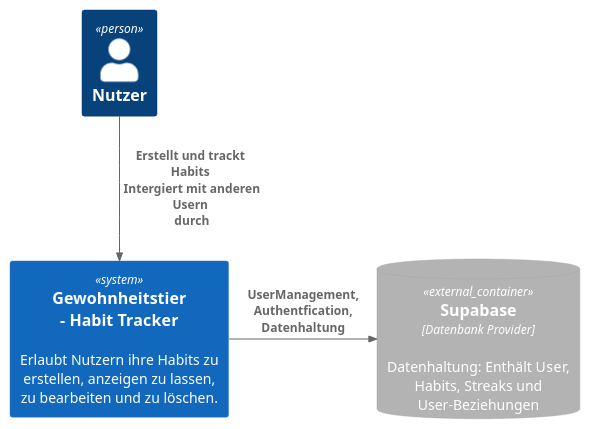
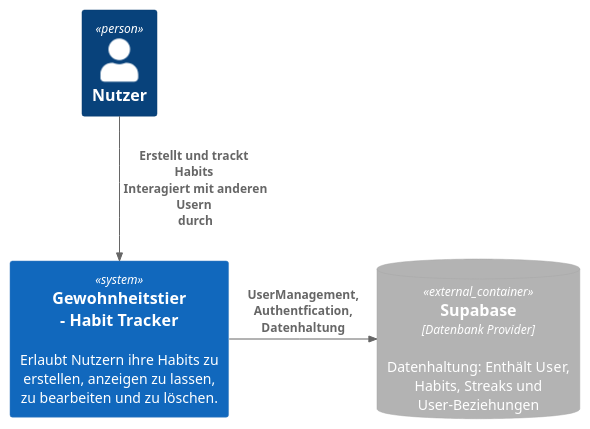
One commit to 1tristan0/SE-HabitTracker-3.B changed the diagram in docs/architecture/plantuml/c4.puml. Above: the diagram before and after it, drawn with PlantUML. The commit also changed 1 other file, not shown here.

```diff
--- a/docs/architecture/plantuml/c4.puml
+++ b/docs/architecture/plantuml/c4.puml
@@ -1,18 +1,18 @@
 @startuml
 !include <c4/C4_Context.puml>
 !include <C4/C4>  
 !include <C4/C4_Container>     
 
 Person(customer, "Nutzer")
   System(webApp, "Gewohnheitstier\n - Habit Tracker",  "Erlaubt Nutzern ihre Habits zu erstellen, anzeigen zu lassen, zu bearbeiten und zu löschen. ")
 
 
 
   ContainerDb_Ext(db,    "Supabase",  "Datenbank Provider", "Datenhaltung: Enthält User, Habits, Streaks und User-Beziehungen")
 
 
-Rel(customer, webApp, "Erstellt und trackt Habits \n Intergiert mit anderen Usern \n durch ")
+Rel(customer, webApp, "Erstellt und trackt Habits \n Interagiert mit anderen Usern \n durch ")
 
 Rel_R(webApp, db,     "UserManagement, Authentfication, Datenhaltung")
 
 @enduml
```
